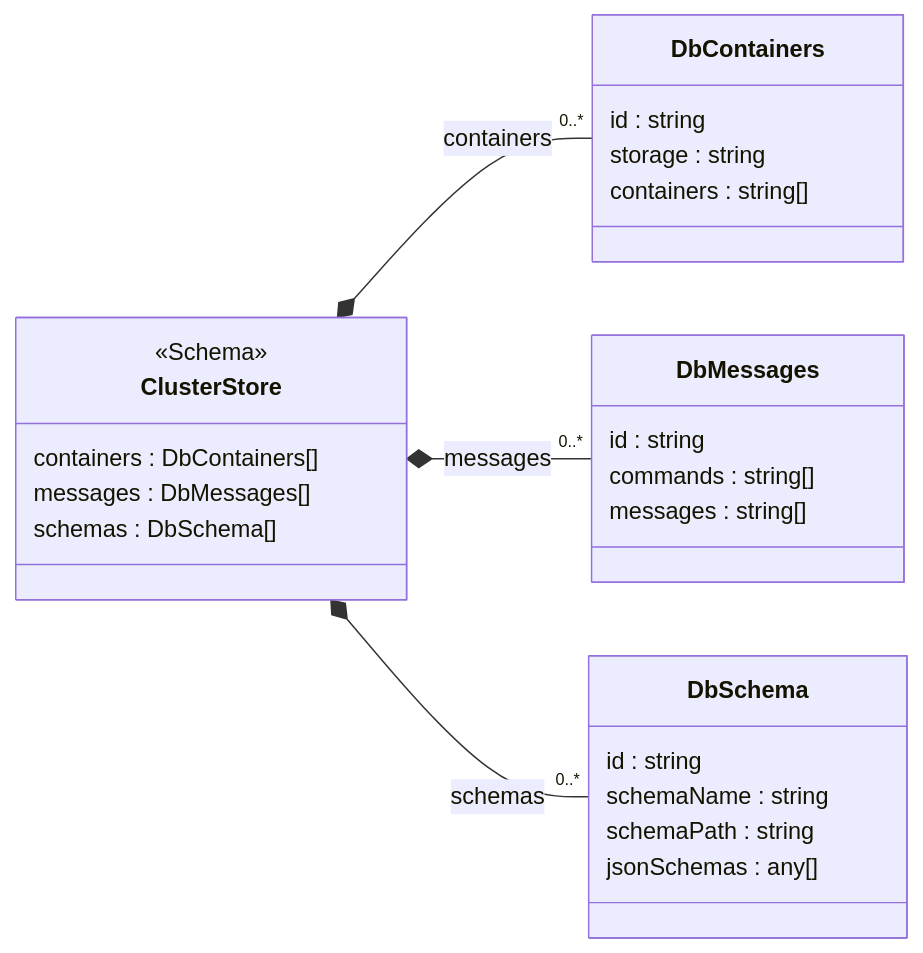
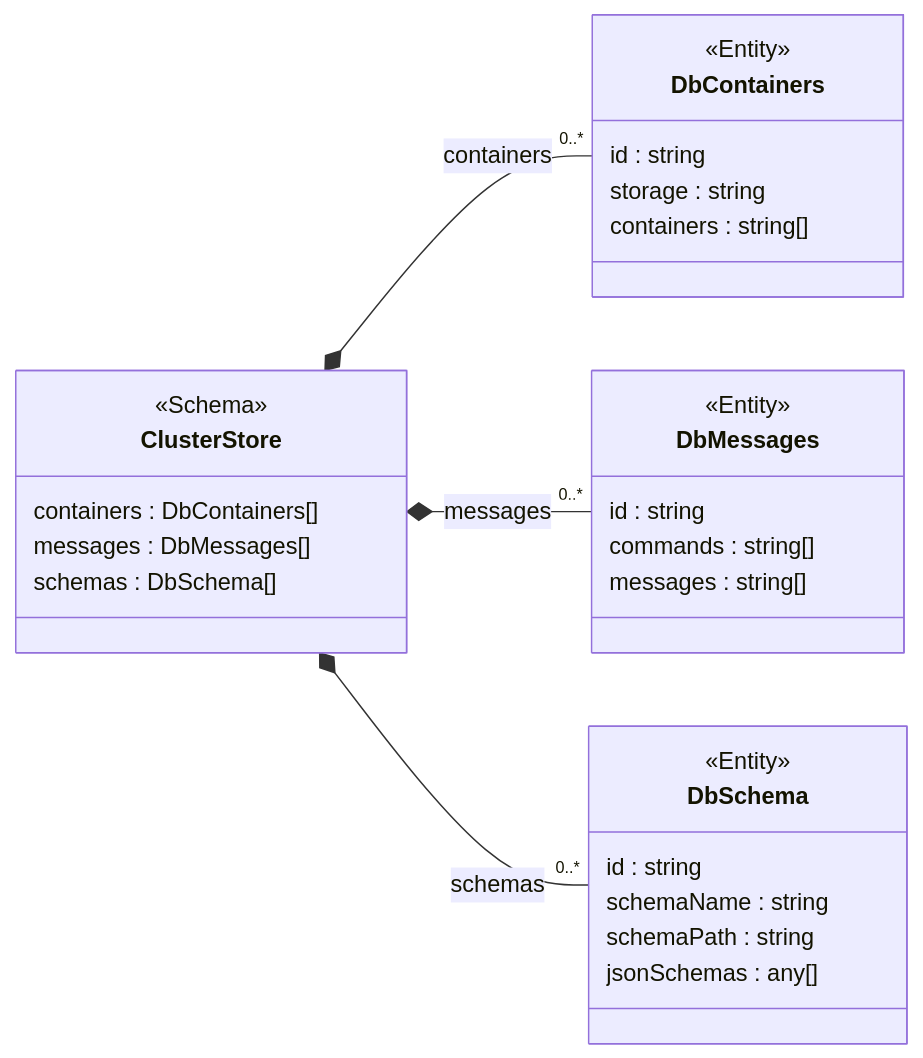
One commit to friflo/Friflo.Json.Fliox changed the diagram in Json.Tests/assets~/Schema/Markdown/ClusterStore/class-diagram.md. Above: the diagram before and after it, drawn with Mermaid. The commit also changed 6 other files, not shown here.

Commit message:
Schema/Language/Mermaid - annotate entity types with <<Entity>>

````diff
--- a/Json.Tests/assets~/Schema/Markdown/ClusterStore/class-diagram.md
+++ b/Json.Tests/assets~/Schema/Markdown/ClusterStore/class-diagram.md
@@ -1,36 +1,39 @@
 ```mermaid
 classDiagram
 direction LR
 
 class ClusterStore:::cssSchema {
     <<Schema>>
     <<abstract>>
     containers  : DbContainers[]
     messages    : DbMessages[]
     schemas     : DbSchema[]
 }
 ClusterStore *-- "0..*" DbContainers : containers
 ClusterStore *-- "0..*" DbMessages : messages
 ClusterStore *-- "0..*" DbSchema : schemas
 
 class DbContainers:::cssEntity {
+    <<Entity>>
     id          : string
     storage     : string
     containers  : string[]
 }
 
 class DbMessages:::cssEntity {
+    <<Entity>>
     id        : string
     commands  : string[]
     messages  : string[]
 }
 
 class DbSchema:::cssEntity {
+    <<Entity>>
     id           : string
     schemaName   : string
     schemaPath   : string
     jsonSchemas  : any[]
 }
 
 
 ```
````
